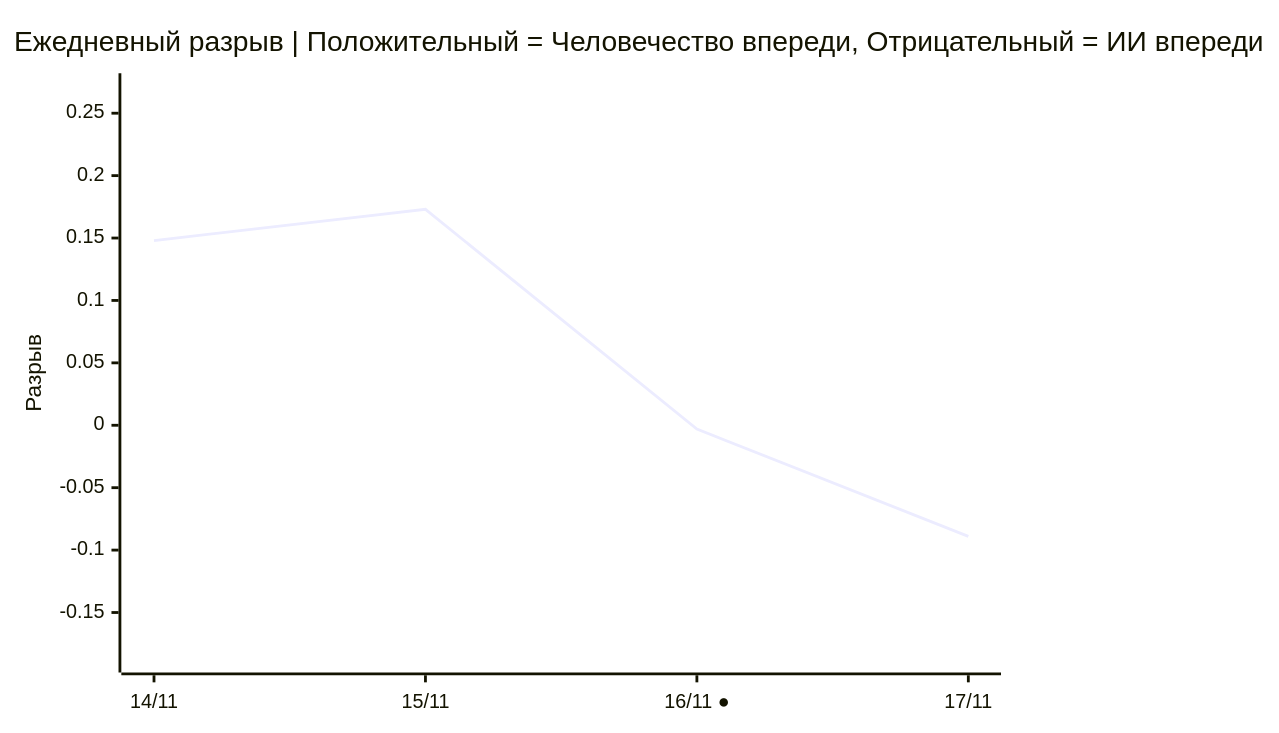
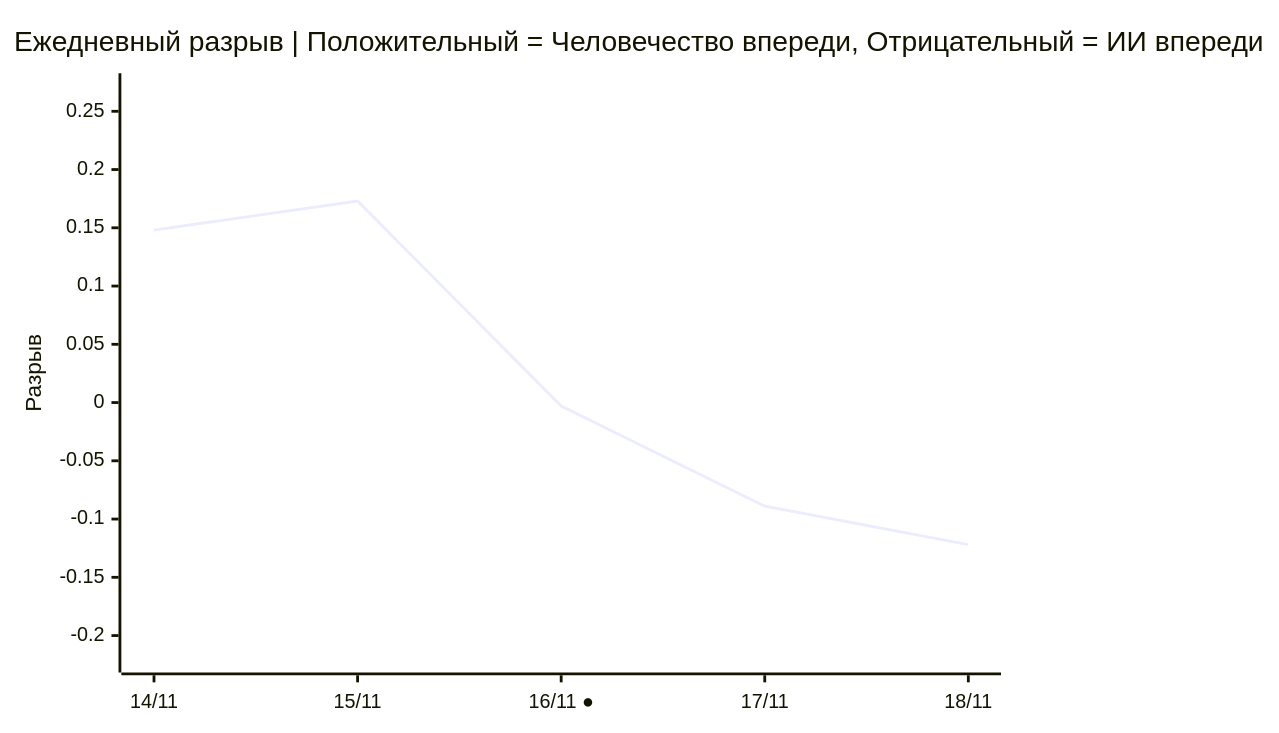
The third of 3 diagrams in README.ru.md (VQQLK/Human-AI-Monitor), drawn with Mermaid before and after one commit. The commit also changed other lines of this file and 3 other files, not shown here.

````diff
--- a/README.ru.md
+++ b/README.ru.md
@@ -54,7 +54,7 @@
 ```mermaid
 xychart-beta
     title "Ежедневный разрыв | Положительный = Человечество впереди, Отрицательный = ИИ впереди"
-    x-axis ["14/11", "15/11", "16/11 ●", "17/11"]
-    y-axis "Разрыв" -0.189 --> 0.273
-    line [0.148, 0.173, -0.003, -0.089]
+    x-axis ["14/11", "15/11", "16/11 ●", "17/11", "18/11"]
+    y-axis "Разрыв" -0.222 --> 0.273
+    line [0.148, 0.173, -0.003, -0.089, -0.122]
 ```
````
